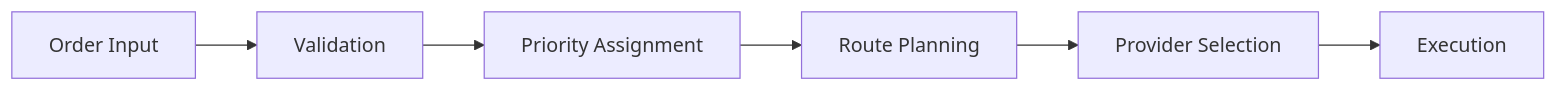
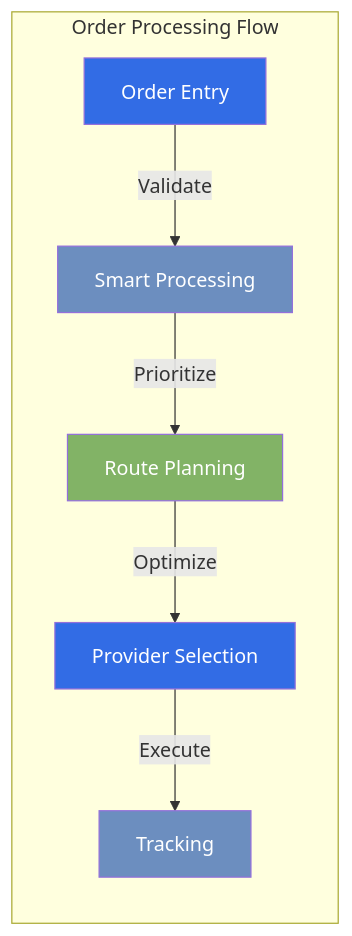
Before and after one commit to Dolpheyn/antar: the fifth of 8 diagrams in docs/product/features.md, drawn with Mermaid. The commit also changed other lines of this file and 76 other files, not shown here.

````diff
--- a/docs/product/features.md
+++ b/docs/product/features.md
@@ -80,8 +132,15 @@
 ```mermaid
 graph LR
-    A[Order Input] --> B[Validation]
-    B --> C[Priority Assignment]
-    C --> D[Route Planning]
-    D --> E[Provider Selection]
-    E --> F[Execution]
+    subgraph "Order Processing Flow"
+        A[Order Entry] -->|"Validate"| B[Smart Processing]
+        B -->|"Prioritize"| C[Route Planning]
+        C -->|"Optimize"| D[Provider Selection]
+        D -->|"Execute"| E[Tracking]
+    end
+    
+    style A fill:#326CE5,color:#fff
+    style B fill:#6C8EBF,color:#fff
+    style C fill:#82B366,color:#fff
+    style D fill:#326CE5,color:#fff
+    style E fill:#6C8EBF,color:#fff
 ```
````
